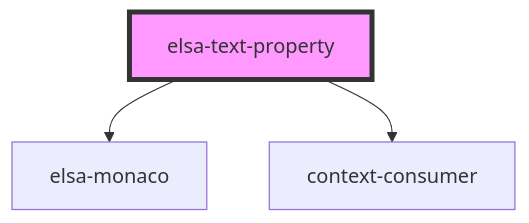
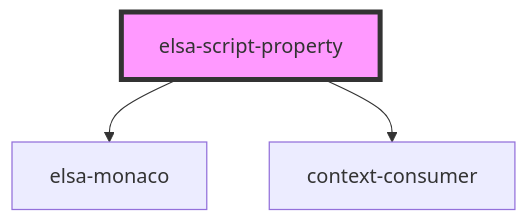
The diagram in src/designer/elsa-workflows-studio/src/components/editors/properties/elsa-script-property/readme.md (elsa-workflows/elsa-core), drawn with Mermaid before and after one commit. The commit also changed other lines of this file and 9 other files, not shown here.

````diff
--- a/src/designer/elsa-workflows-studio/src/components/editors/properties/elsa-script-property/readme.md
+++ b/src/designer/elsa-workflows-studio/src/components/editors/properties/elsa-script-property/readme.md
@@ -28,6 +30,6 @@
 ```mermaid
 graph TD;
-  elsa-text-property --> elsa-monaco
-  elsa-text-property --> context-consumer
-  style elsa-text-property fill:#f9f,stroke:#333,stroke-width:4px
+  elsa-script-property --> elsa-monaco
+  elsa-script-property --> context-consumer
+  style elsa-script-property fill:#f9f,stroke:#333,stroke-width:4px
 ```
````
